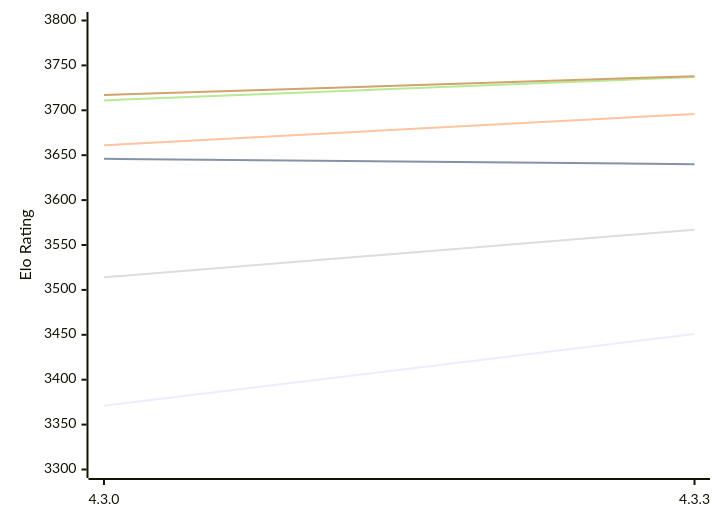
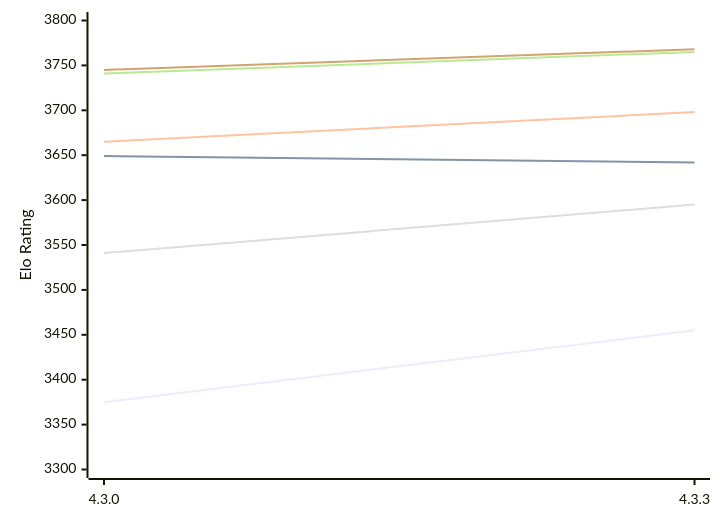
Before and after one commit to computer-chess-index/cci: the first of 2 diagrams in engines/Gaia.md, drawn with Mermaid. The commit also changed other lines of this file, not shown here.

Commit message:
Update CCI Ratings (ELO VLTC) - 2026-10-21

````diff
--- a/engines/Gaia.md
+++ b/engines/Gaia.md
@@ -55,12 +55,12 @@
 ```mermaid
 %%{init: {"theme":"base","themeVariables":{"seriesColors:['#a3a3a3','#222221','#faa371']}}}%%
 xychart-beta
   x-axis ["4.3.0", "4.3.3"]
   y-axis "Elo Rating" 3300 --> 3800
-  line "E1: STC (8.0+0.08s)" [3371, 3451]
-  line "E1: LTC (60.0+0.60s)" [3646, 3640]
-  line "E1: VLTC (2m24s+1.12s)" [3661, 3696]
-  line "P1: STC (8.0+0.08s)" [3514, 3567]
-  line "P1: LTC (60.0+0.60s)" [3711, 3737]
-  line "P1: VLTC (2m24s+1.12s)" [3717, 3738]
+  line "E1: STC (8.0+0.08s)" [3375, 3455]
+  line "E1: LTC (60.0+0.60s)" [3649, 3642]
+  line "E1: VLTC (2m24s+1.12s)" [3665, 3698]
+  line "P1: STC (8.0+0.08s)" [3541, 3595]
+  line "P1: LTC (60.0+0.60s)" [3741, 3765]
+  line "P1: VLTC (2m24s+1.12s)" [3745, 3768]
 ```
````
